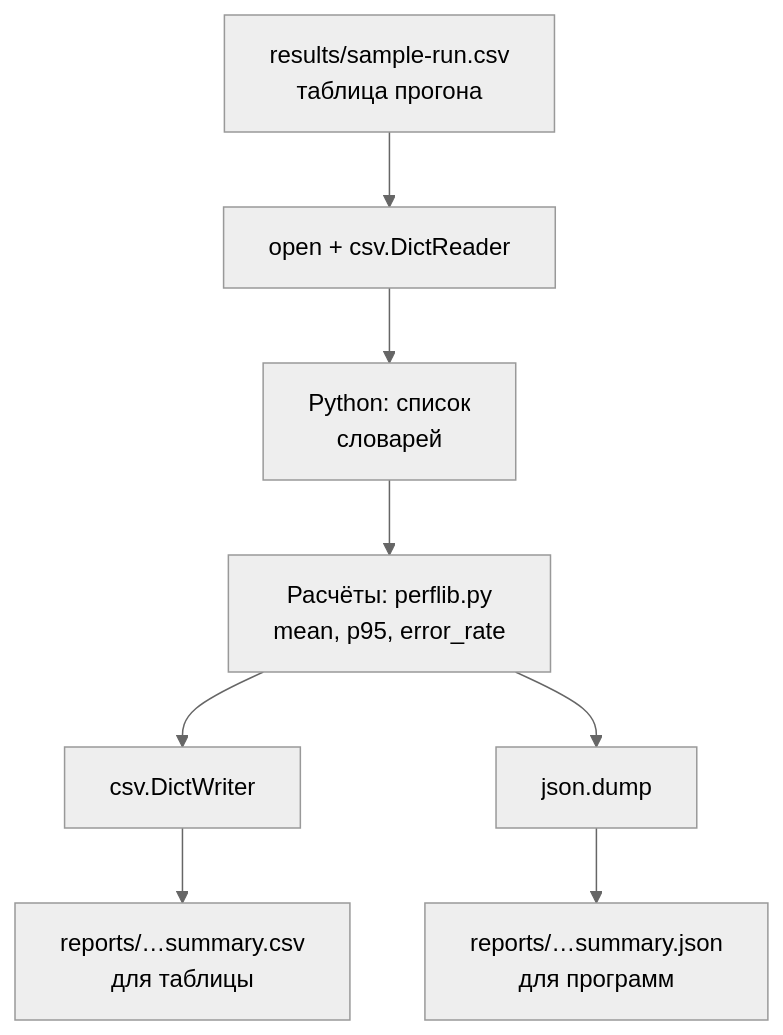
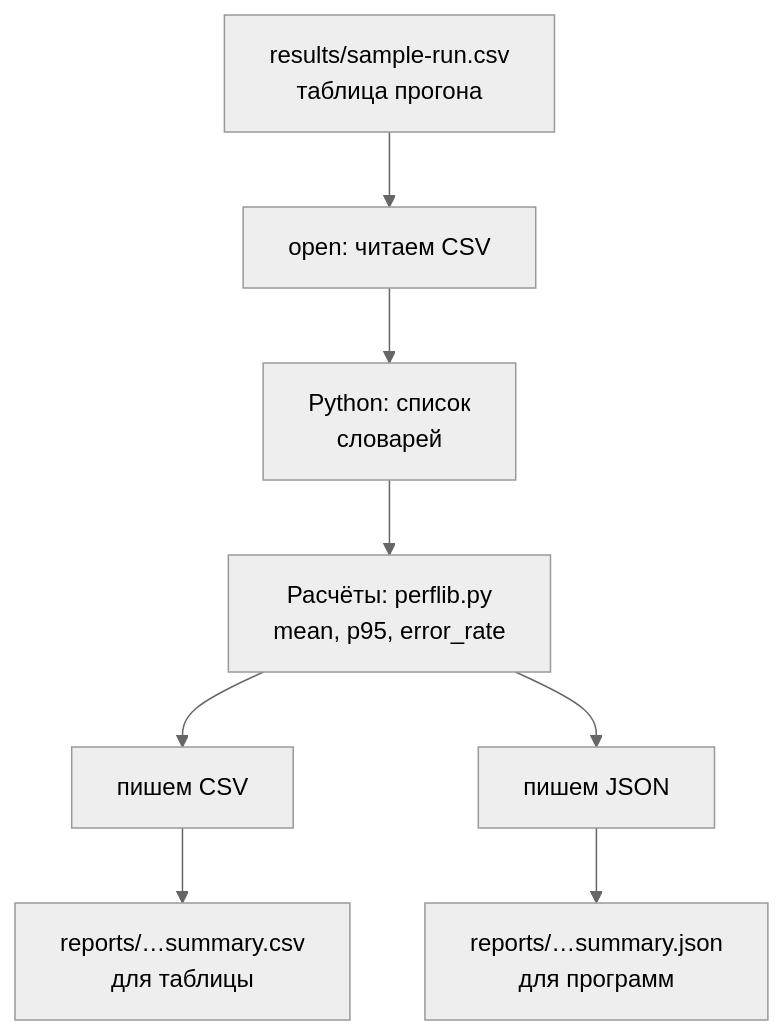
One commit to distinguished-sre/load-tester changed the first of 2 diagrams in 04-python/04-files-json-csv.md. Above: the diagram before and after it, drawn with Mermaid (neutral theme). The commit also changed other lines of this file and 6 other files, not shown here.

````diff
--- a/04-python/04-files-json-csv.md
+++ b/04-python/04-files-json-csv.md
@@ -33,10 +30,10 @@
 ```mermaid
 flowchart TD
-    A["results/sample-run.csv<br/>таблица прогона"] --> B["open + csv.DictReader"]
+    A["results/sample-run.csv<br/>таблица прогона"] --> B["open: читаем CSV"]
     B --> C["Python: список<br/>словарей"]
     C --> D["Расчёты: perflib.py<br/>mean, p95, error_rate"]
-    D --> E["csv.DictWriter"]
-    D --> F["json.dump"]
+    D --> E["пишем CSV"]
+    D --> F["пишем JSON"]
     E --> G["reports/…summary.csv<br/>для таблицы"]
     F --> H["reports/…summary.json<br/>для программ"]
 ```
````
